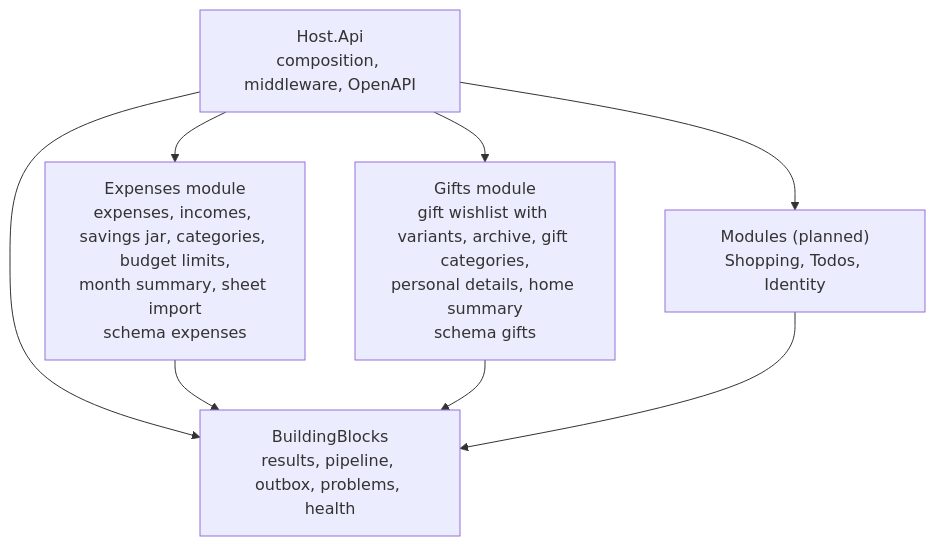
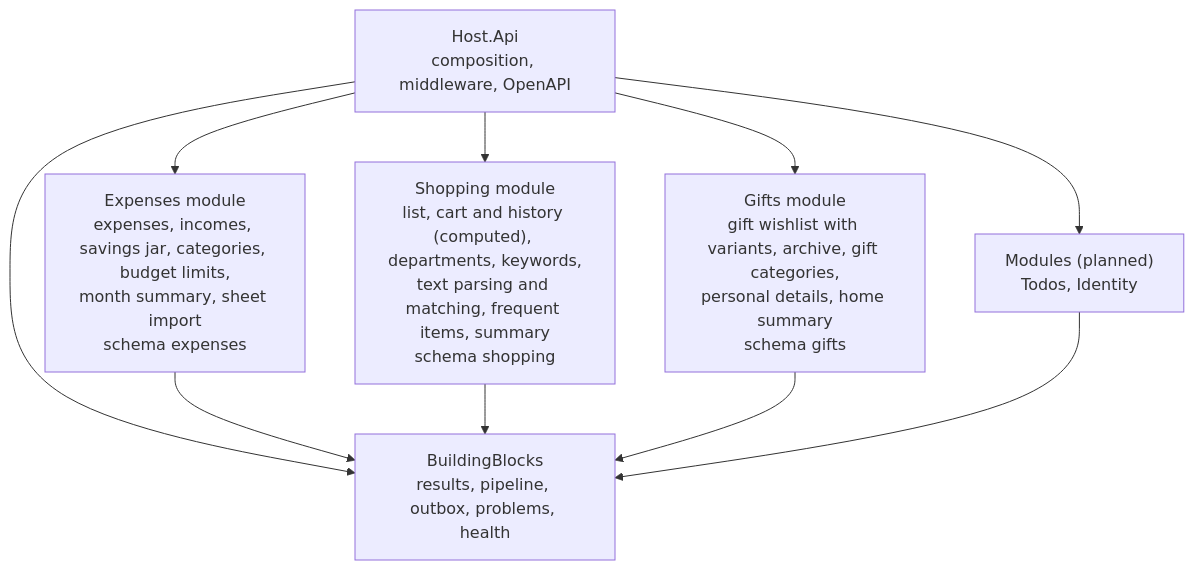
The third of 3 diagrams in api/docs/architecture/c4.md (Weretik/home-app), drawn with Mermaid before and after one commit. The commit also changed other lines of this file and 295 other files, not shown here.

First line of the commit message:
Shopping: shared list, history, settings and home summary (#13)

````diff
--- a/api/docs/architecture/c4.md
+++ b/api/docs/architecture/c4.md
@@ -45,16 +47,19 @@
 ```mermaid
 flowchart TB
     host["Host.Api<br/>composition, middleware, OpenAPI"]
     blocks["BuildingBlocks<br/>results, pipeline, outbox, problems, health"]
     expenses["Expenses module<br/>expenses, incomes, savings jar, categories, budget limits,<br/>month summary, sheet import<br/>schema expenses"]
+    shopping["Shopping module<br/>list, cart and history (computed), departments, keywords,<br/>text parsing and matching, frequent items, summary<br/>schema shopping"]
     gifts["Gifts module<br/>gift wishlist with variants, archive, gift categories,<br/>personal details, home summary<br/>schema gifts"]
-    planned["Modules (planned)<br/>Shopping, Todos, Identity"]
+    planned["Modules (planned)<br/>Todos, Identity"]
 
     host --> blocks
     host --> expenses
+    host --> shopping
     host --> gifts
     host --> planned
     expenses --> blocks
+    shopping --> blocks
     gifts --> blocks
     planned --> blocks
 ```
````
